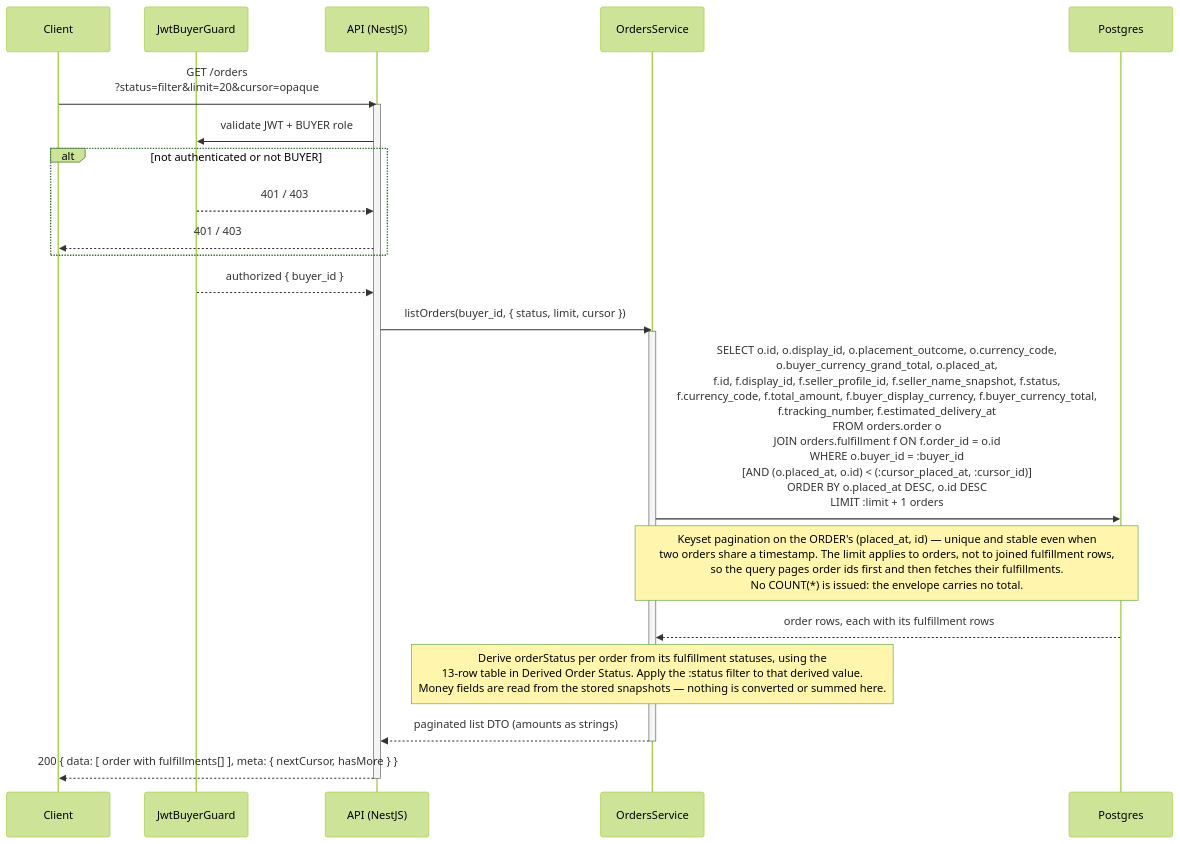
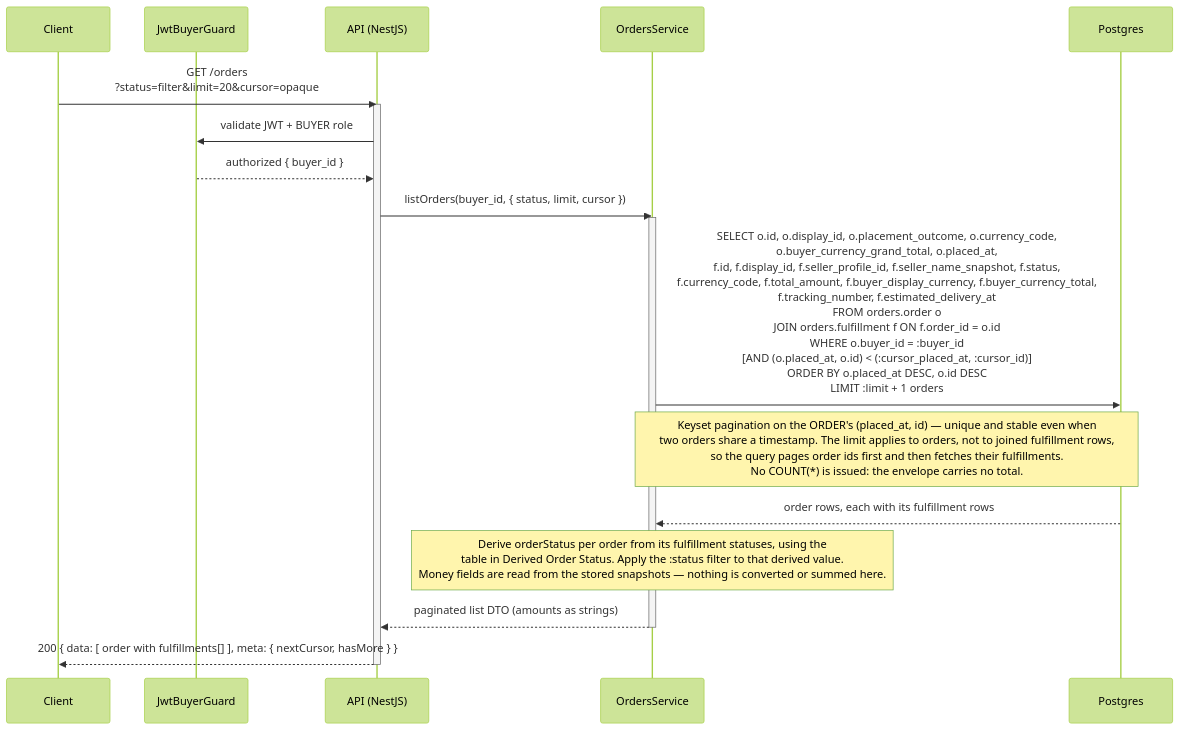
The second of 3 diagrams in phase-1/technical-design/api-design/orders.md (alisa-uthi/aliceut-ecom-document), drawn with Mermaid (forest theme) before and after one commit. The commit also changed other lines of this file and 53 other files, not shown here.

````diff
--- a/phase-1/technical-design/api-design/orders.md
+++ b/phase-1/technical-design/api-design/orders.md
@@ -459,27 +464,23 @@
 ```mermaid
 sequenceDiagram
     participant C as Client
     participant G as JwtBuyerGuard
     participant A as API (NestJS)
     participant O as OrdersService
     participant P as Postgres
 
     C->>A: GET /orders<br/>?status=filter&limit=20&cursor=opaque
     activate A
     A->>G: validate JWT + BUYER role
-    alt not authenticated or not BUYER
-        G-->>A: 401 / 403
-        A-->>C: 401 / 403
-    end
     G-->>A: authorized { buyer_id }
     A->>O: listOrders(buyer_id, { status, limit, cursor })
     activate O
     O->>P: SELECT o.id, o.display_id, o.placement_outcome, o.currency_code,<br/>o.buyer_currency_grand_total, o.placed_at,<br/>f.id, f.display_id, f.seller_profile_id, f.seller_name_snapshot, f.status,<br/>f.currency_code, f.total_amount, f.buyer_display_currency, f.buyer_currency_total,<br/>f.tracking_number, f.estimated_delivery_at<br/>FROM orders.order o<br/>JOIN orders.fulfillment f ON f.order_id = o.id<br/>WHERE o.buyer_id = :buyer_id<br/>  [AND (o.placed_at, o.id) < (:cursor_placed_at, :cursor_id)]<br/>ORDER BY o.placed_at DESC, o.id DESC<br/>LIMIT :limit + 1 orders
     Note over O,P: Keyset pagination on the ORDER's (placed_at, id) — unique and stable even when<br/>two orders share a timestamp. The limit applies to orders, not to joined fulfillment rows,<br/>so the query pages order ids first and then fetches their fulfillments.<br/>No COUNT(*) is issued: the envelope carries no total.
     P-->>O: order rows, each with its fulfillment rows
-    Note over O: Derive orderStatus per order from its fulfillment statuses, using the<br/>13-row table in Derived Order Status. Apply the :status filter to that derived value.<br/>Money fields are read from the stored snapshots — nothing is converted or summed here.
+    Note over O: Derive orderStatus per order from its fulfillment statuses, using the<br/>table in Derived Order Status. Apply the :status filter to that derived value.<br/>Money fields are read from the stored snapshots — nothing is converted or summed here.
     O-->>A: paginated list DTO (amounts as strings)
     deactivate O
     A-->>C: 200 { data: [ order with fulfillments[] ], meta: { nextCursor, hasMore } }
     deactivate A
 ```
````
